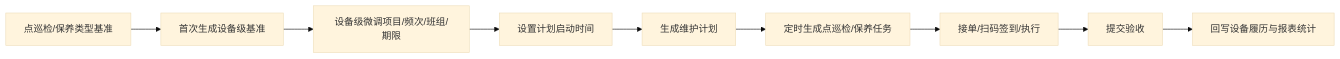
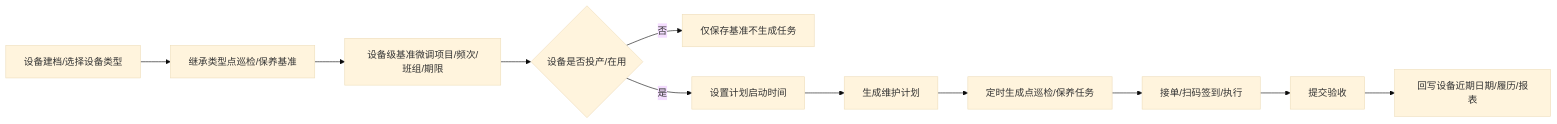
One commit to front-yummy/equipment-management-standard changed the third of 4 diagrams in 需求分析/00-总览与跨模块链路.md. Above: the diagram before and after it, drawn with Mermaid (base theme). The commit also changed other lines of this file and 40 other files, not shown here.

````diff
--- a/需求分析/00-总览与跨模块链路.md
+++ b/需求分析/00-总览与跨模块链路.md
@@ -76,11 +79,13 @@
 ```mermaid
 flowchart LR
-    A[点巡检/保养类型基准] --> B[首次生成设备级基准]
-    B --> C[设备级微调项目/频次/班组/期限]
-    C --> D[设置计划启动时间]
-    D --> E[生成维护计划]
-    E --> F[定时生成点巡检/保养任务]
-    F --> G[接单/扫码签到/执行]
-    G --> H[提交验收]
-    H --> I[回写设备履历与报表统计]
+    A[设备建档/选择设备类型] --> B[继承类型点巡检/保养基准]
+    B --> C[设备级基准微调项目/频次/班组/期限]
+    C --> D{设备是否投产/在用}
+    D -->|否| E[仅保存基准不生成任务]
+    D -->|是| F[设置计划启动时间]
+    F --> G[生成维护计划]
+    G --> H[定时生成点巡检/保养任务]
+    H --> I[接单/扫码签到/执行]
+    I --> J[提交验收]
+    J --> K[回写设备近期日期/履历/报表]
 ```
````
